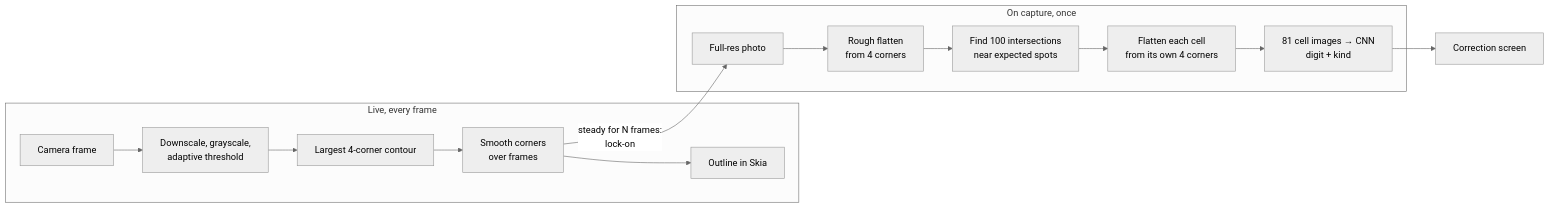
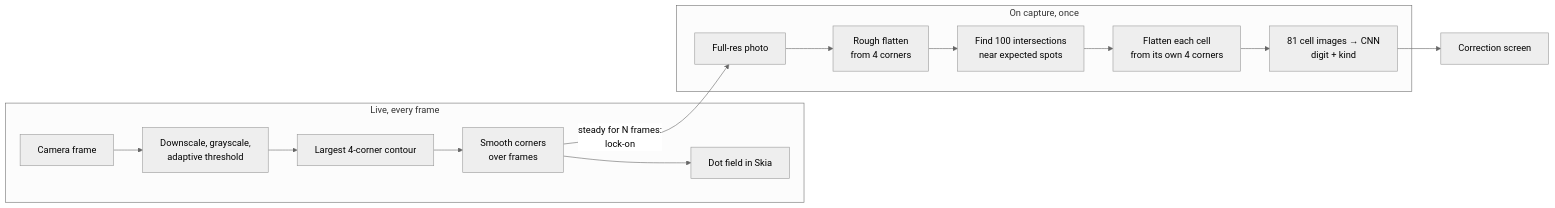
One commit to vandemaelefelix/sudoku changed the diagram in docs/architecture/00-concepts/scan-pipeline.md. Above: the diagram before and after it, drawn with Mermaid (neutral theme). The commit also changed other lines of this file and 1 other file, not shown here.

Commit message:
docs: add the dot field to the scan pipeline and the glossary (#18)

````diff
--- a/docs/architecture/00-concepts/scan-pipeline.md
+++ b/docs/architecture/00-concepts/scan-pipeline.md
@@ -27,17 +27,17 @@
 ```mermaid
 flowchart LR
     subgraph live["Live, every frame"]
         f["Camera frame"] --> d["Downscale, grayscale,<br>adaptive threshold"]
         d --> q["Largest 4-corner contour"]
         q --> s["Smooth corners<br>over frames"]
-        s --> o["Outline in Skia"]
+        s --> o["Dot field in Skia"]
     end
     subgraph cap["On capture, once"]
         p["Full-res photo"] --> w["Rough flatten<br>from 4 corners"]
         w --> i["Find 100 intersections<br>near expected spots"]
         i --> c["Flatten each cell<br>from its own 4 corners"]
         c --> m["81 cell images → CNN<br>digit + kind"]
     end
     s -->|steady for N frames:<br>lock-on| p
     m --> r["Correction screen"]
 ```
````
